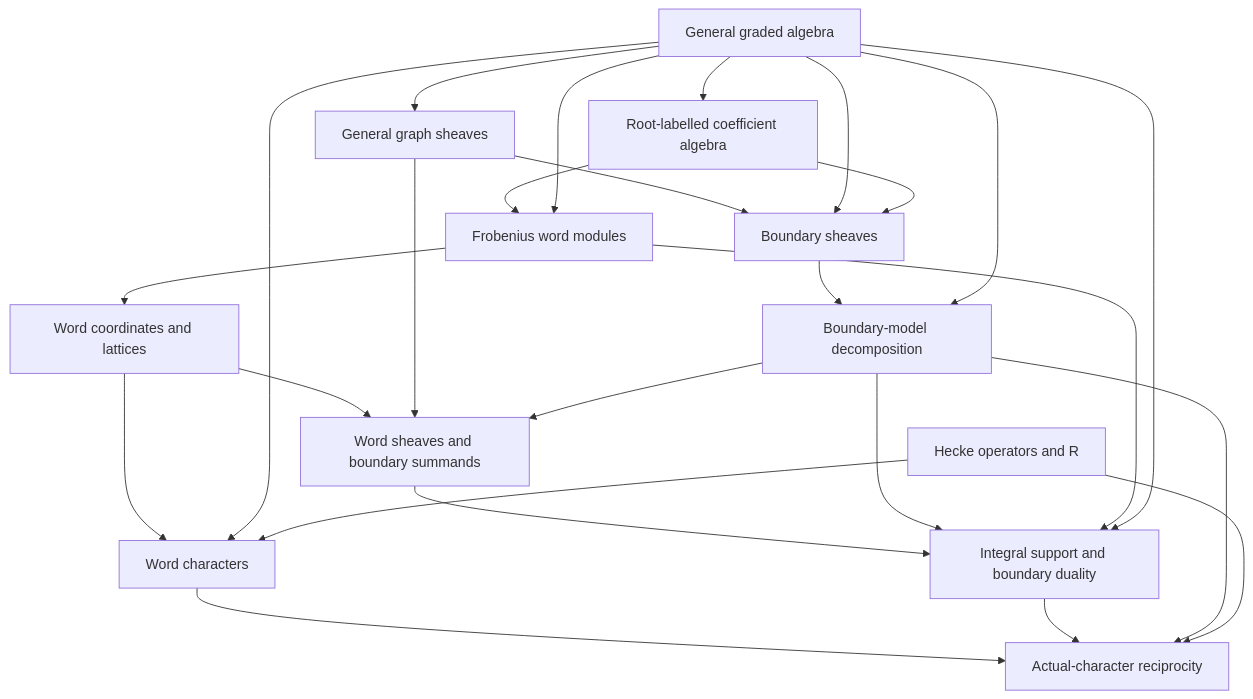
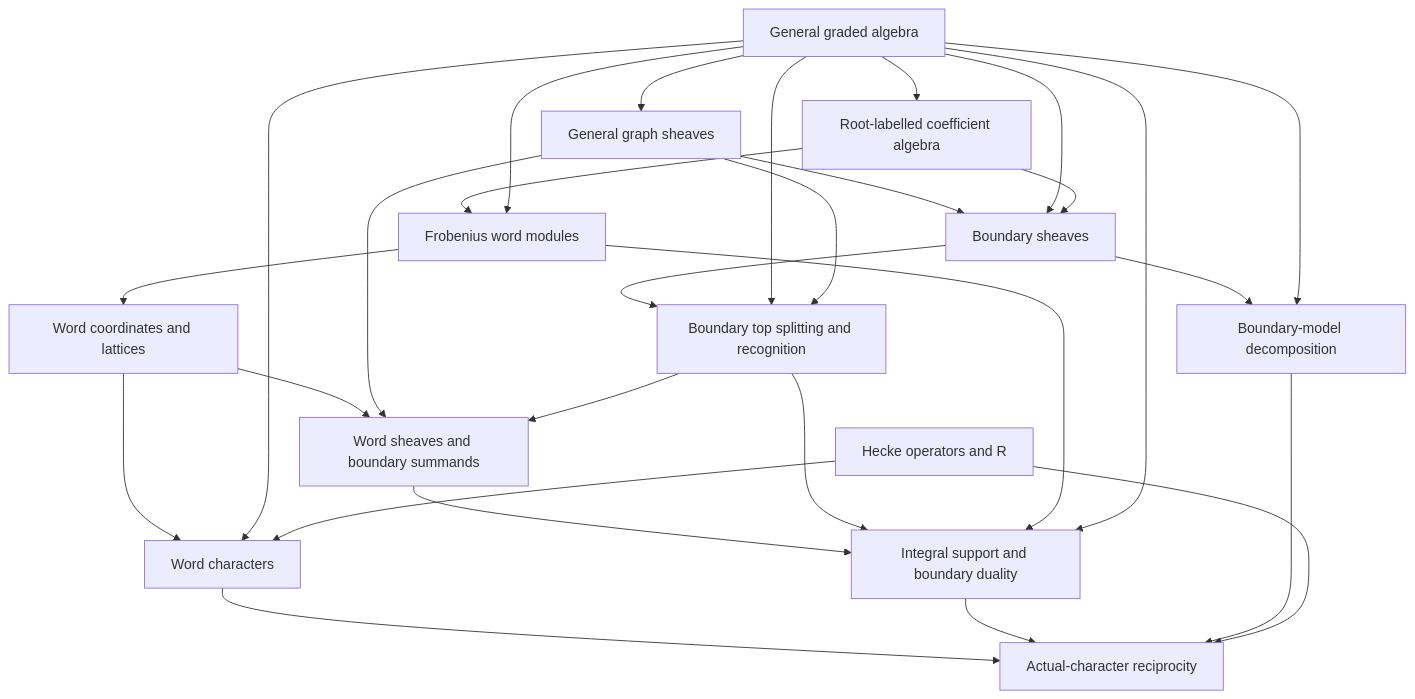
Before and after one commit to jiajunma/combkl: the first of 3 diagrams in docs/planning/knowledge-base-relationships.md, drawn with Mermaid. The commit also changed other lines of this file and 40 other files, not shown here.

````diff
--- a/docs/planning/knowledge-base-relationships.md
+++ b/docs/planning/knowledge-base-relationships.md
@@ -34,39 +34,43 @@
 ```mermaid
 flowchart TD
   a["General graded algebra"]
   ra["Root-labelled coefficient algebra"]
   h["Hecke operators and R"]
   s["General graph sheaves"]
   sb["Boundary sheaves"]
+  ss["Boundary top splitting and recognition"]
   sd["Boundary-model decomposition"]
   w["Frobenius word modules"]
   we["Word coordinates and lattices"]
   wc["Word characters"]
   ws["Word sheaves and boundary summands"]
   sp["Integral support and boundary duality"]
   sc["Actual-character reciprocity"]
   a --> ra
   a --> s
   s --> sb
   a --> sb
   ra --> sb
+  sb --> ss
+  a --> ss
+  s --> ss
   sb --> sd
   a --> sd
   ra --> w
   a --> w
   w --> we
   we --> wc
   a --> wc
   h --> wc
   we --> ws
   s --> ws
-  sd --> ws
+  ss --> ws
   ws --> sp
-  sd --> sp
+  ss --> sp
   w --> sp
   a --> sp
   wc --> sc
   sp --> sc
   sd --> sc
   h --> sc
 ```
````
